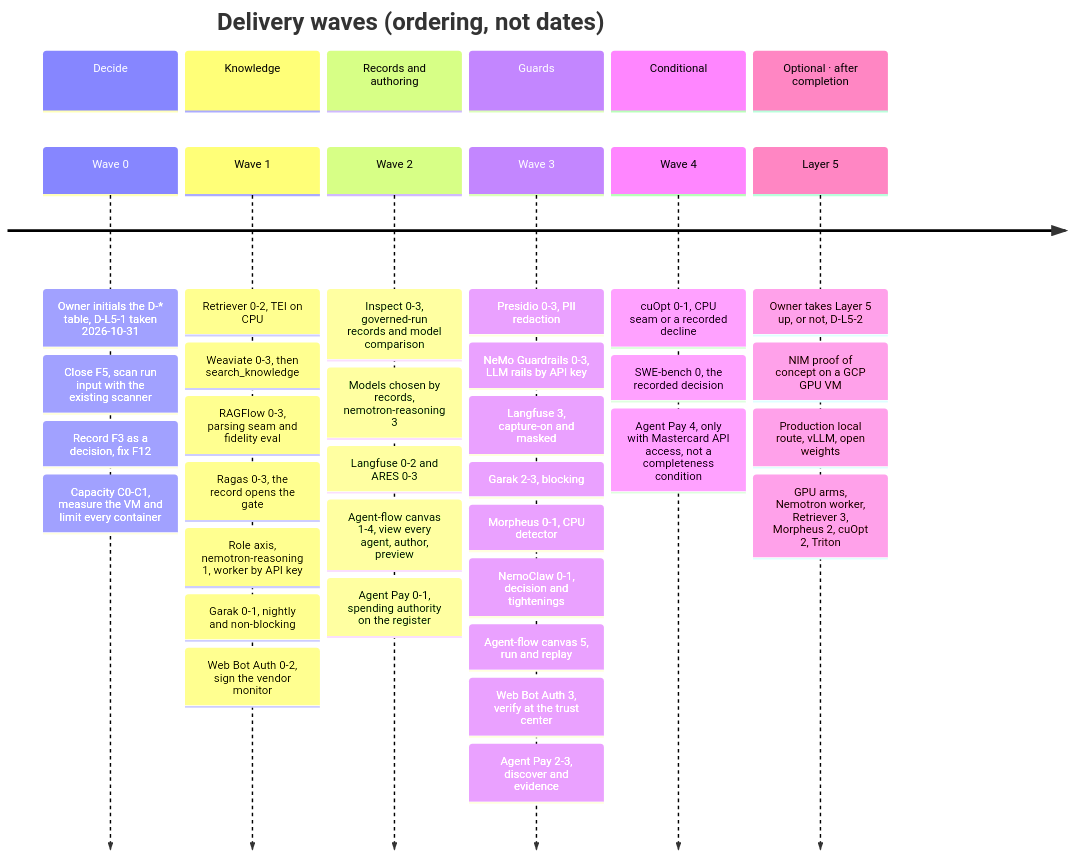
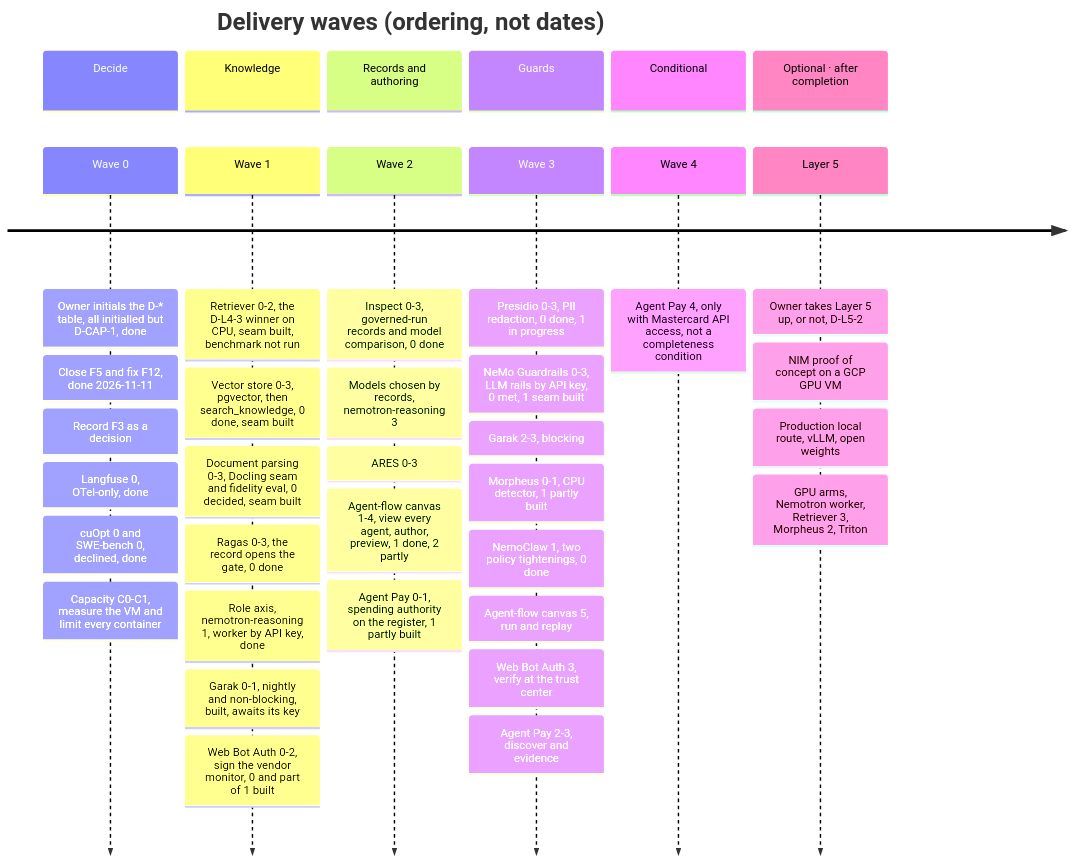
One commit to RodnaPamet/inflect-compliance changed the third of 5 diagrams in docs/ai-architecture-roadmap.md. Above: the diagram before and after it, drawn with Mermaid. The commit also changed other lines of this file and 1 other file, not shown here.

````diff
--- a/docs/ai-architecture-roadmap.md
+++ b/docs/ai-architecture-roadmap.md
@@ -634,42 +804,41 @@
 ```mermaid
 timeline
   title Delivery waves (ordering, not dates)
   section Decide
-    Wave 0 : Owner initials the D-* table, D-L5-1 taken 2026-10-31
-           : Close F5, scan run input with the existing scanner
-           : Record F3 as a decision, fix F12
+    Wave 0 : Owner initials the D-* table, all initialled but D-CAP-1, done
+           : Close F5 and fix F12, done 2026-11-11
+           : Record F3 as a decision
+           : Langfuse 0, OTel-only, done
+           : cuOpt 0 and SWE-bench 0, declined, done
            : Capacity C0-C1, measure the VM and limit every container
   section Knowledge
-    Wave 1 : Retriever 0-2, TEI on CPU
-           : Weaviate 0-3, then search_knowledge
-           : RAGFlow 0-3, parsing seam and fidelity eval
-           : Ragas 0-3, the record opens the gate
-           : Role axis, nemotron-reasoning 1, worker by API key
-           : Garak 0-1, nightly and non-blocking
-           : Web Bot Auth 0-2, sign the vendor monitor
+    Wave 1 : Retriever 0-2, the D-L4-3 winner on CPU, seam built, benchmark not run
+           : Vector store 0-3, pgvector, then search_knowledge, 0 done, seam built
+           : Document parsing 0-3, Docling seam and fidelity eval, 0 decided, seam built
+           : Ragas 0-3, the record opens the gate, 0 done
+           : Role axis, nemotron-reasoning 1, worker by API key, done
+           : Garak 0-1, nightly and non-blocking, built, awaits its key
+           : Web Bot Auth 0-2, sign the vendor monitor, 0 and part of 1 built
   section Records and authoring
-    Wave 2 : Inspect 0-3, governed-run records and model comparison
+    Wave 2 : Inspect 0-3, governed-run records and model comparison, 0 done
            : Models chosen by records, nemotron-reasoning 3
-           : Langfuse 0-2 and ARES 0-3
-           : Agent-flow canvas 1-4, view every agent, author, preview
-           : Agent Pay 0-1, spending authority on the register
+           : ARES 0-3
+           : Agent-flow canvas 1-4, view every agent, author, preview, 1 done, 2 partly
+           : Agent Pay 0-1, spending authority on the register, 1 partly built
   section Guards
-    Wave 3 : Presidio 0-3, PII redaction
-           : NeMo Guardrails 0-3, LLM rails by API key
-           : Langfuse 3, capture-on and masked
+    Wave 3 : Presidio 0-3, PII redaction, 0 done, 1 in progress
+           : NeMo Guardrails 0-3, LLM rails by API key, 0 met, 1 seam built
            : Garak 2-3, blocking
-           : Morpheus 0-1, CPU detector
-           : NemoClaw 0-1, decision and tightenings
+           : Morpheus 0-1, CPU detector, 1 partly built
+           : NemoClaw 1, two policy tightenings, 0 done
            : Agent-flow canvas 5, run and replay
            : Web Bot Auth 3, verify at the trust center
            : Agent Pay 2-3, discover and evidence
   section Conditional
-    Wave 4 : cuOpt 0-1, CPU seam or a recorded decline
-           : SWE-bench 0, the recorded decision
-           : Agent Pay 4, only with Mastercard API access, not a completeness condition
+    Wave 4 : Agent Pay 4, only with Mastercard API access, not a completeness condition
   section Optional · after completion
     Layer 5 : Owner takes Layer 5 up, or not, D-L5-2
             : NIM proof of concept on a GCP GPU VM
             : Production local route, vLLM, open weights
-            : GPU arms, Nemotron worker, Retriever 3, Morpheus 2, cuOpt 2, Triton
+            : GPU arms, Nemotron worker, Retriever 3, Morpheus 2, Triton
 ```
````
